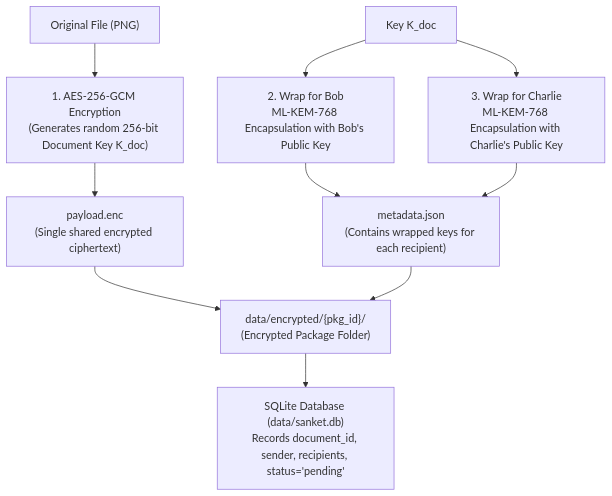
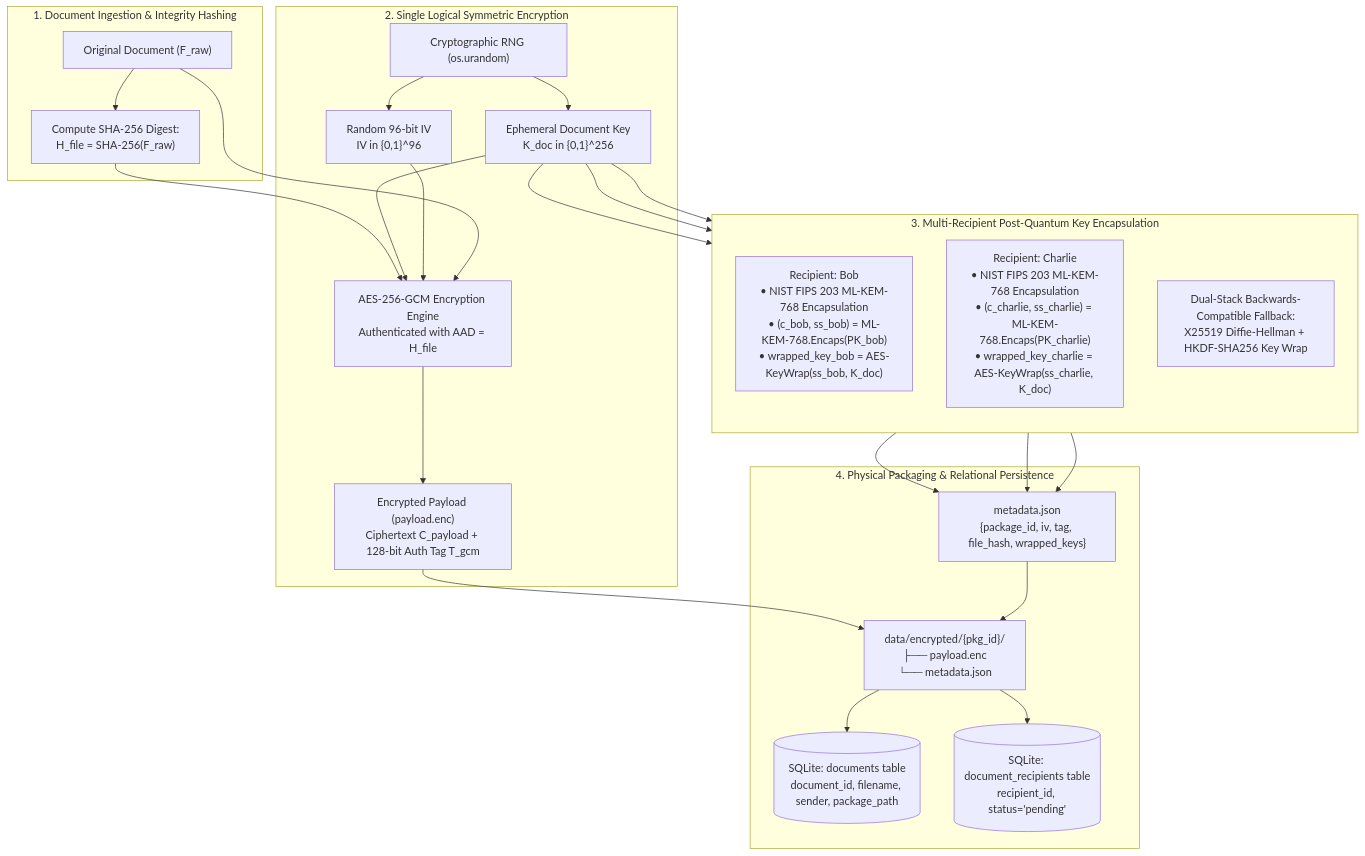
Before and after one commit to SuyashGargote/SANKET: the third of 7 diagrams in README.md, drawn with Mermaid. The commit also changed other lines of this file and 1 other file, not shown here.

````diff
--- a/README.md
+++ b/README.md
@@ -87,15 +188,33 @@
 ```mermaid
 flowchart TD
-    FILE["Original File (PNG)"] --> ENCR["1. AES-256-GCM Encryption<br/>(Generates random 256-bit Document Key K_doc)"]
-    ENCR --> PAYLOAD["payload.enc<br/>(Single shared encrypted ciphertext)"]
+    subgraph Ingestion ["1. Document Ingestion & Integrity Hashing"]
+        FILE["Original Document (F_raw)"] --> HASH["Compute SHA-256 Digest:<br/>H_file = SHA-256(F_raw)"]
+    end
 
-    K_DOC["Key K_doc"] --> KEM1["2. Wrap for Bob<br/>ML-KEM-768 Encapsulation with Bob's Public Key"]
-    K_DOC --> KEM2["3. Wrap for Charlie<br/>ML-KEM-768 Encapsulation with Charlie's Public Key"]
+    subgraph SymmetricCipher ["2. Single Logical Symmetric Encryption"]
+        CSPRNG["Cryptographic RNG (os.urandom)"] --> K_DOC["Ephemeral Document Key<br/>K_doc in {0,1}^256"]
+        CSPRNG --> IV["Random 96-bit IV<br/>IV in {0,1}^96"]
+        HASH --> GCM["AES-256-GCM Encryption Engine<br/>Authenticated with AAD = H_file"]
+        K_DOC --> GCM
+        IV --> GCM
+        FILE --> GCM
+        GCM --> CIPHER["Encrypted Payload (payload.enc)<br/>Ciphertext C_payload + 128-bit Auth Tag T_gcm"]
+    end
 
-    KEM1 --> META["metadata.json<br/>(Contains wrapped keys for each recipient)"]
-    KEM2 --> META
+    subgraph PQ_Encapsulation ["3. Multi-Recipient Post-Quantum Key Encapsulation"]
+        direction TB
+        K_DOC --> WRAP_BOB["Recipient: Bob<br/>• NIST FIPS 203 ML-KEM-768 Encapsulation<br/>• (c_bob, ss_bob) = ML-KEM-768.Encaps(PK_bob)<br/>• wrapped_key_bob = AES-KeyWrap(ss_bob, K_doc)"]
+        K_DOC --> WRAP_CHARLIE["Recipient: Charlie<br/>• NIST FIPS 203 ML-KEM-768 Encapsulation<br/>• (c_charlie, ss_charlie) = ML-KEM-768.Encaps(PK_charlie)<br/>• wrapped_key_charlie = AES-KeyWrap(ss_charlie, K_doc)"]
+        K_DOC --> FALLBACK["Dual-Stack Backwards-Compatible Fallback:<br/>X25519 Diffie-Hellman + HKDF-SHA256 Key Wrap"]
+    end
 
-    PAYLOAD --> PKG["data/encrypted/{pkg_id}/<br/>(Encrypted Package Folder)"]
-    META --> PKG
-    PKG --> SQLITE["SQLite Database (data/sanket.db)<br/>Records document_id, sender, recipients, status='pending'"]
+    subgraph Packaging ["4. Physical Packaging & Relational Persistence"]
+        CIPHER --> PKG_DIR["data/encrypted/{pkg_id}/<br/>├── payload.enc<br/>└── metadata.json"]
+        WRAP_BOB --> META["metadata.json<br/>{package_id, iv, tag, file_hash, wrapped_keys}"]
+        WRAP_CHARLIE --> META
+        FALLBACK --> META
+        META --> PKG_DIR
+        PKG_DIR --> DB_DOC[("SQLite: documents table<br/>document_id, filename, sender, package_path")]
+        PKG_DIR --> DB_REC[("SQLite: document_recipients table<br/>recipient_id, status='pending'")]
+    end
 ```
````
